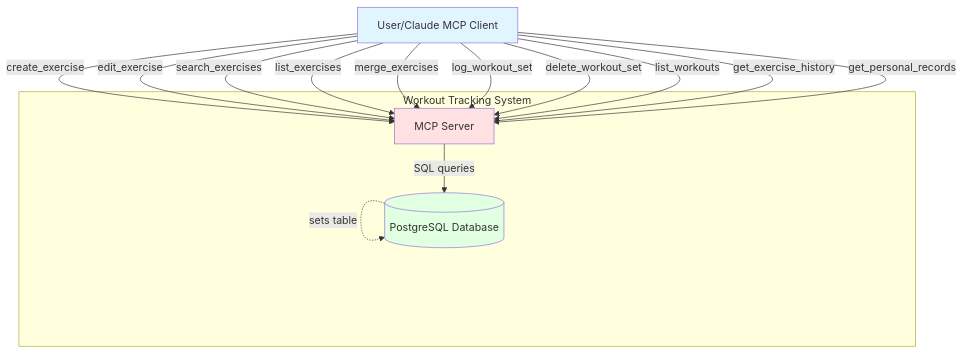
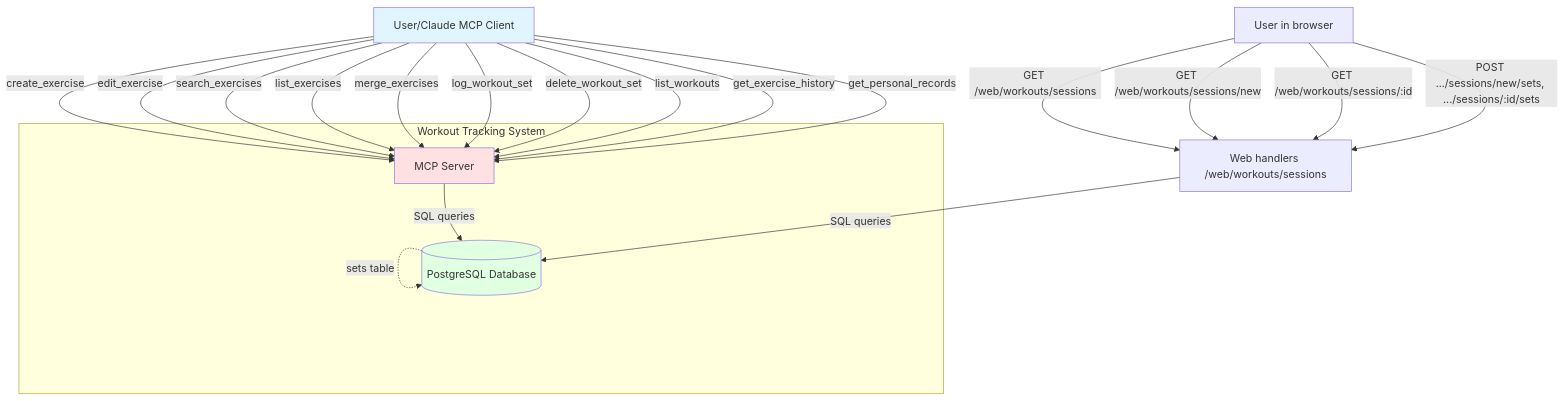
Before and after one commit to rusinikita/personal: the second of 7 diagrams in docs/functions/workout-spec.md, drawn with Mermaid. The commit also changed other lines of this file and 7 other files, not shown here.

First line of the commit message:
feat(workout): log sets from web sessions pages

````diff
--- a/docs/functions/workout-spec.md
+++ b/docs/functions/workout-spec.md
@@ -67,30 +78,38 @@
 ```mermaid
 graph TB
     User[User/Claude MCP Client]
     
     subgraph "Workout Tracking System"
         MCP[MCP Server]
         DB[(PostgreSQL Database)]
         
         MCP -->|SQL queries| DB
     end
     
     User -->|create_exercise| MCP
     User -->|edit_exercise| MCP
     User -->|search_exercises| MCP
     User -->|list_exercises| MCP
     User -->|merge_exercises| MCP
     User -->|log_workout_set| MCP
     User -->|delete_workout_set| MCP
     User -->|list_workouts| MCP
     User -->|get_exercise_history| MCP
     User -->|get_personal_records| MCP
+
+    Browser[User in browser]
+    Web[Web handlers /web/workouts/sessions]
+    Web -->|SQL queries| DB
+    Browser -->|GET /web/workouts/sessions| Web
+    Browser -->|GET /web/workouts/sessions/new| Web
+    Browser -->|GET /web/workouts/sessions/:id| Web
+    Browser -->|POST .../sessions/new/sets, .../sessions/:id/sets| Web
     
     DB -.->|exercises table| DB
     DB -.->|workouts table| DB
     DB -.->|sets table| DB
     
     style User fill:#e1f5ff
     style MCP fill:#ffe1e1
     style DB fill:#e1ffe1
 ```
````
